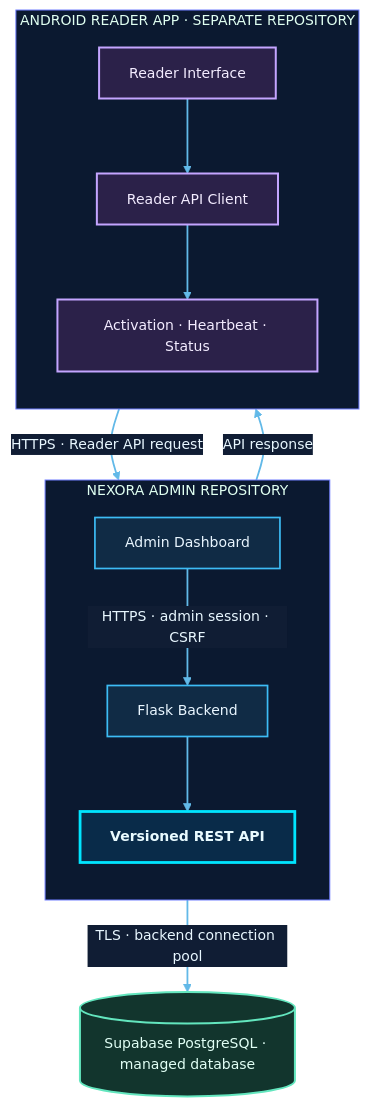
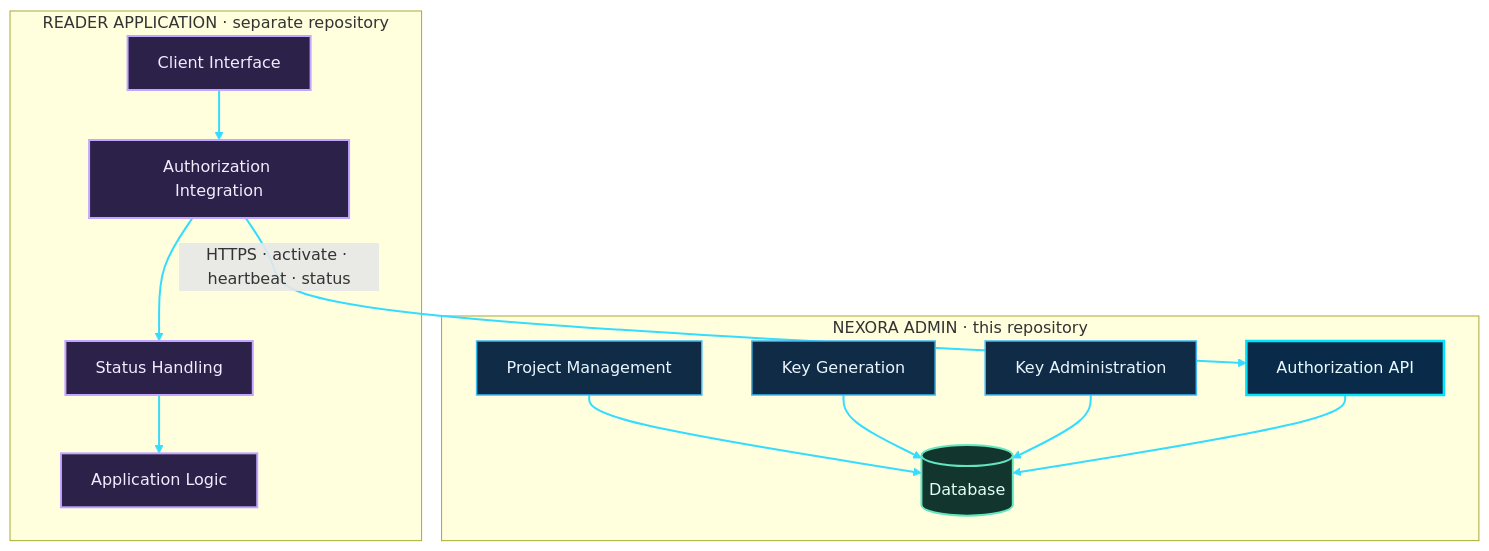
The second of 23 diagrams in README.md (shajeduzzamanenan992008inc/NexOra-Database-key-Gen), drawn with Mermaid before and after one commit. The commit also changed other lines of this file, not shown here.

````diff
--- a/README.md
+++ b/README.md
@@ -446,42 +443,41 @@
 ```mermaid
-%%{init: {"theme":"base","themeVariables":{"darkMode":true,"background":"#07111f","primaryColor":"#102744","primaryTextColor":"#e8f7ff","primaryBorderColor":"#00d9ff","lineColor":"#62b9e8","secondaryColor":"#261d45","secondaryTextColor":"#f3eaff","secondaryBorderColor":"#a78bfa","tertiaryColor":"#12332b","tertiaryTextColor":"#e0fff1","tertiaryBorderColor":"#41e6a2","fontFamily":"Inter, Segoe UI, sans-serif","fontSize":"14px","edgeLabelBackground":"#101d34","mainBkg":"#102744","nodeBorder":"#00d9ff","clusterBkg":"#0b1930","clusterBorder":"#6f7dff","actorBkg":"#102744","actorBorder":"#00d9ff","actorTextColor":"#e8f7ff","signalColor":"#64d8ff","signalTextColor":"#e8f7ff","noteBkgColor":"#0e332b","noteBorderColor":"#41e6a2","noteTextColor":"#e0fff1"}}}%%
 flowchart TB
-    subgraph ADMIN["NEXORA ADMIN REPOSITORY"]
-        direction TB
-        A1["Admin Dashboard"]
-        A2["Flask Backend"]
-        A3["Versioned REST API"]
-        A1 -->|"HTTPS · admin session · CSRF"| A2
-        A2 --> A3
+    subgraph ADMIN["NEXORA ADMIN · this repository"]
+        A1["Project Management"]
+        A2["Key Generation"]
+        A3["Key Administration"]
+        A4[("Database")]
+        A5["Authorization API"]
     end
+    subgraph READER["READER APPLICATION · separate repository"]
+        R1["Client Interface"]
+        R2["Authorization Integration"]
+        R3["Status Handling"]
+        R4["Application Logic"]
+    end
+    A1 --> A4
+    A2 --> A4
+    A3 --> A4
+    A5 --> A4
+    R2 -->|"HTTPS · activate · heartbeat · status"| A5
+    R1 --> R2
+    R2 --> R3
+    R3 --> R4
 
-    subgraph READER["ANDROID READER APP · SEPARATE REPOSITORY"]
-        direction TB
-        R1["Reader Interface"]
-        R2["Reader API Client"]
-        R3["Activation · Heartbeat · Status"]
-        R1 --> R2 --> R3
-    end
-
-    DB[("Supabase PostgreSQL · managed database")]
-    A3 -->|"TLS · backend connection pool"| DB
-    R2 -->|"HTTPS · Reader API request"| A3
-    A3 -->|"API response"| R2
-
-
-    %% OMEGA NEX-ORA · ULTRA NEON DESIGN SYSTEM
-    classDef nxCore fill:#092b49,stroke:#00e5ff,stroke-width:2.8px,color:#e9fbff,font-weight:bold;
-    classDef nxProcess fill:#102b45,stroke:#3dbcf5,stroke-width:1.7px,color:#e9f6ff;
-    classDef nxDecision fill:#2b2050,stroke:#b38cff,stroke-width:2.2px,color:#f3edff,font-weight:bold;
-    classDef nxSuccess fill:#0d3b2c,stroke:#3fffa0,stroke-width:2.2px,color:#e0fff0,font-weight:bold;
-    classDef nxDanger fill:#451d30,stroke:#ff6688,stroke-width:2.2px,color:#fff0f3,font-weight:bold;
+    %% OMEGA NEX-ORA visual classes
+    %% OMEGA NEX-ORA / ULTRA NEON PALETTE
+    classDef nxCore fill:#092b49,stroke:#00e5ff,stroke-width:2.5px,color:#e9fbff;
+    classDef nxProcess fill:#102b45,stroke:#3dbcf5,stroke-width:1.5px,color:#e9f6ff;
+    classDef nxDecision fill:#2b2050,stroke:#b38cff,stroke-width:2px,color:#f3edff;
+    classDef nxSuccess fill:#0d3b2c,stroke:#3fffa0,stroke-width:2px,color:#e0fff0;
+    classDef nxDanger fill:#451d30,stroke:#ff6688,stroke-width:2px,color:#fff0f3;
     classDef nxData fill:#12352d,stroke:#63e6be,stroke-width:2px,color:#e1fff5;
     classDef nxExternal fill:#2b2149,stroke:#c4a5ff,stroke-width:2px,color:#f3ecff;
     classDef nxInfo fill:#17253e,stroke:#91a7c9,stroke-width:1.5px,color:#e5efff;
     classDef nxWarning fill:#453116,stroke:#fbbf24,stroke-width:2px,color:#fff6d6;
-    linkStyle default stroke:#62b9e8,stroke-width:1.8px;
-    class A1,A2 nxProcess;
-    class A3 nxCore;
-    class R1,R2,R3 nxExternal;
-    class DB nxData;
+    class A1,A2,A3 nxProcess;
+    class A4 nxData;
+    class A5 nxCore;
+    class R1,R2,R3,R4 nxExternal;
+    linkStyle default stroke:#35dcff,stroke-width:2px;
 ```
````
